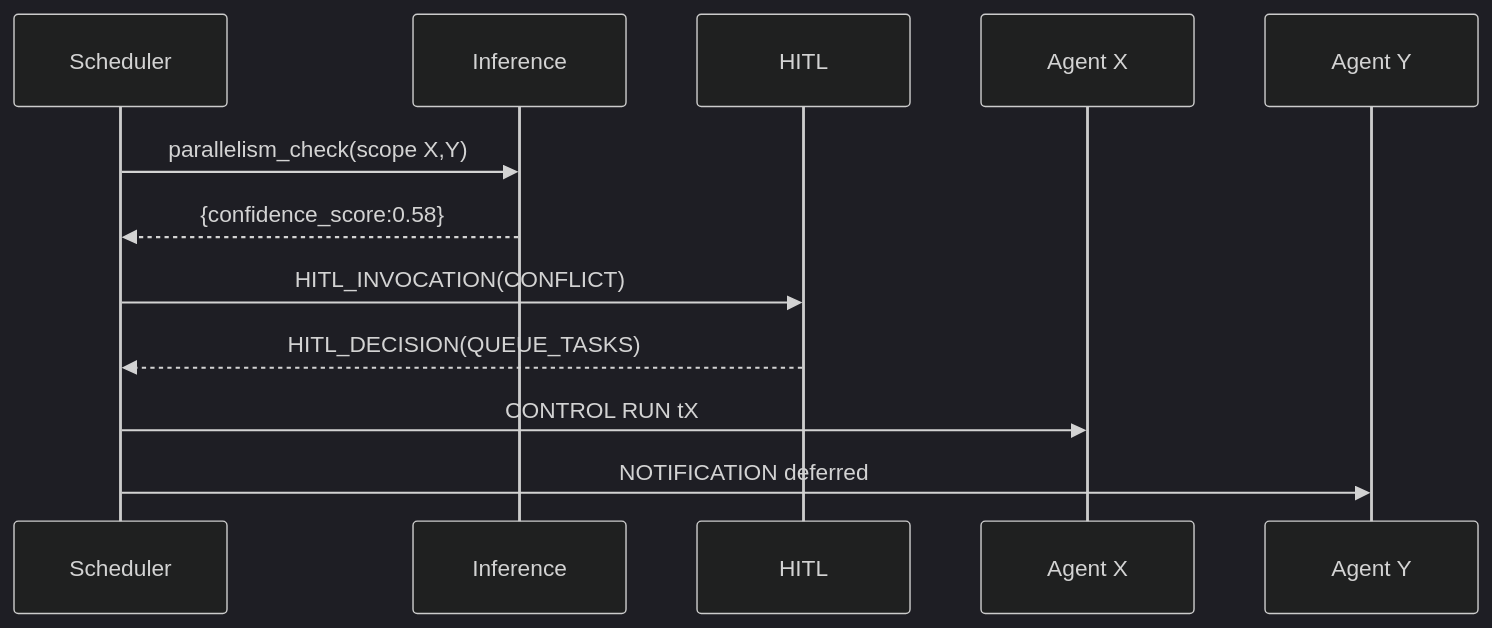
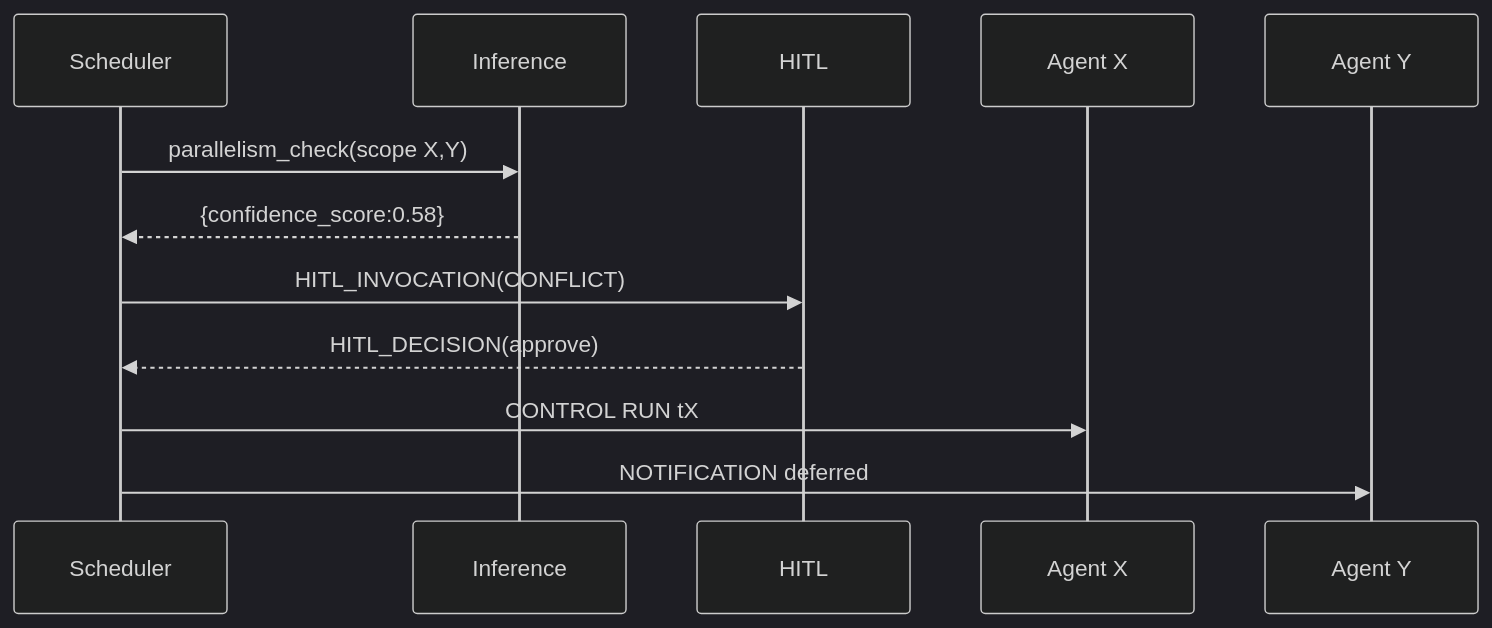
Before and after one commit to rahulrajaram/sw4rm: diagram 11 of 17 in documentation/protocol/spec.md, drawn with Mermaid (dark theme). The commit also changed other lines of this file and 59 other files, not shown here.

````diff
--- a/documentation/protocol/spec.md
+++ b/documentation/protocol/spec.md
@@ -1410,14 +1433,14 @@
 ```mermaid
 sequenceDiagram
     participant S as Scheduler
     participant RE as Inference
     participant H as HITL
     participant X as Agent X
     participant Y as Agent Y
     S->>RE: parallelism_check(scope X,Y)
     RE-->>S: {confidence_score:0.58}
     S->>H: HITL_INVOCATION(CONFLICT)
-    H-->>S: HITL_DECISION(QUEUE_TASKS)
+    H-->>S: HITL_DECISION(approve)
     S->>X: CONTROL RUN tX
     S->>Y: NOTIFICATION deferred
 ```
````
